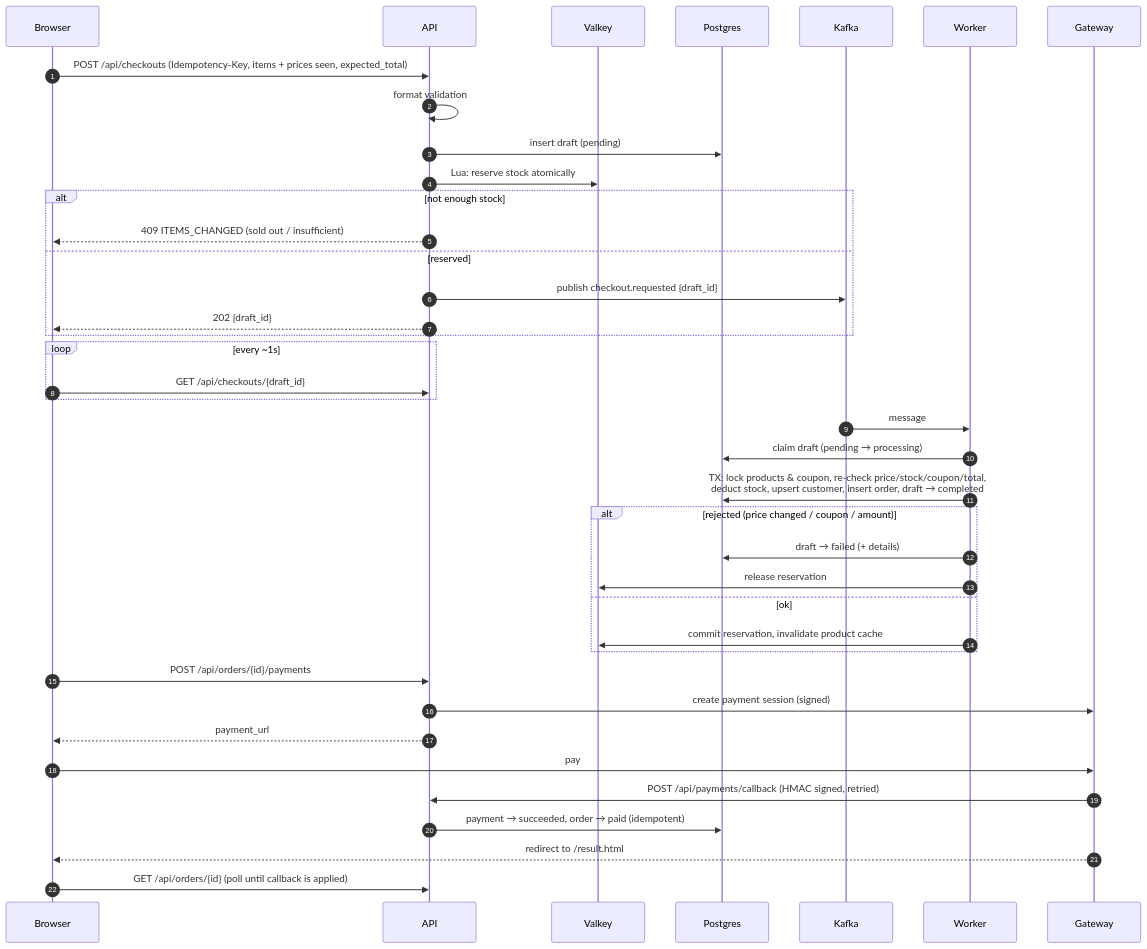
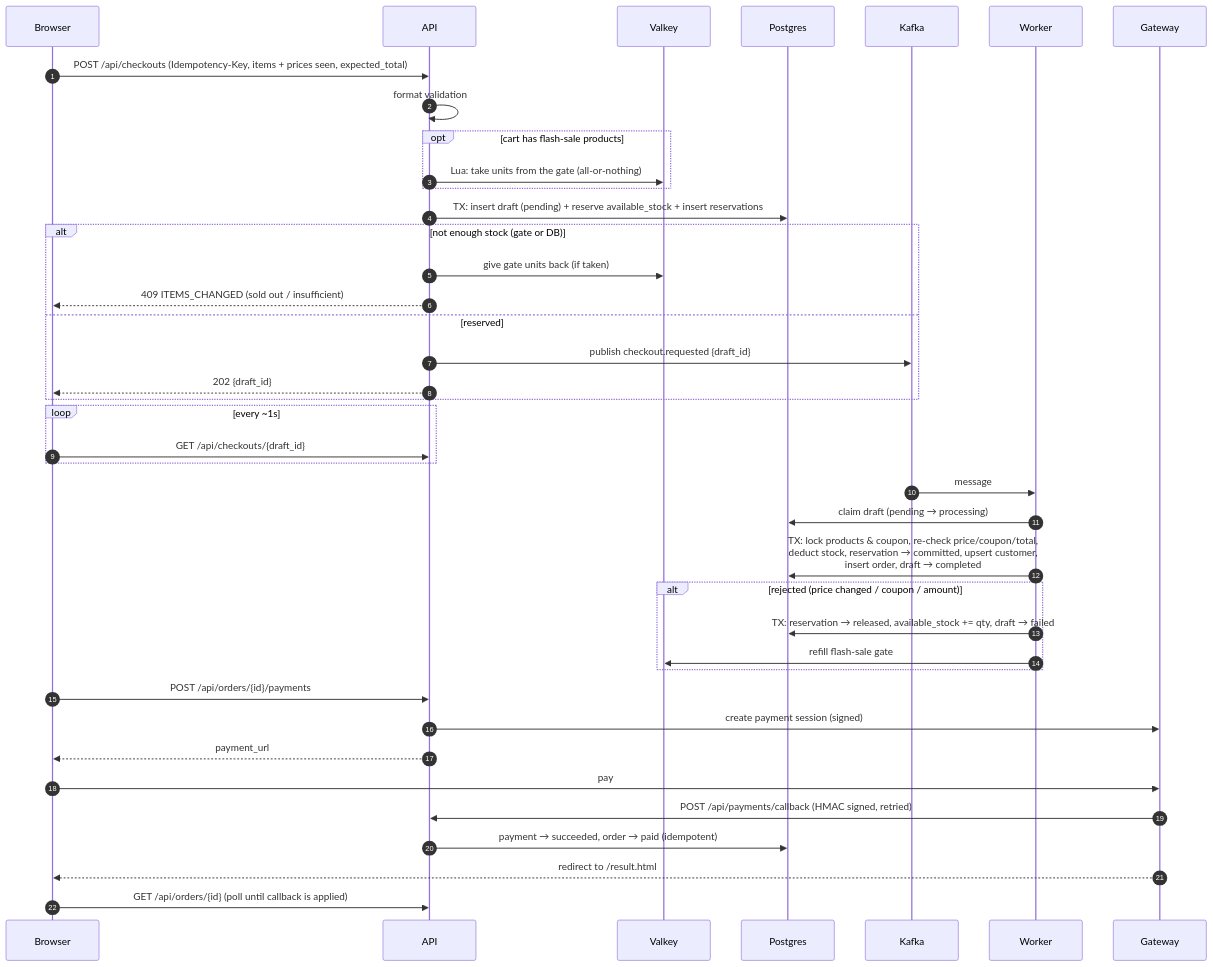
Before and after one commit to Kaikai8888/simple-checkout-page: the second of 2 diagrams in README.md, drawn with Mermaid. The commit also changed other lines of this file and 20 other files, not shown here.

First line of the commit message:
feat(stock): reserve stock in PostgreSQL with a Valkey gate for flash sales

````diff
--- a/README.md
+++ b/README.md
@@ -83,42 +84,43 @@
 ```mermaid
 sequenceDiagram
   autonumber
   participant B as Browser
   participant A as API
   participant V as Valkey
   participant P as Postgres
   participant K as Kafka
   participant W as Worker
   participant G as Gateway
 
   B->>A: POST /api/checkouts (Idempotency-Key, items + prices seen, expected_total)
   A->>A: format validation
-  A->>P: insert draft (pending)
-  A->>V: Lua: reserve stock atomically
-  alt not enough stock
+  opt cart has flash-sale products
+    A->>V: Lua: take units from the gate (all-or-nothing)
+  end
+  A->>P: TX: insert draft (pending) + reserve available_stock + insert reservations
+  alt not enough stock (gate or DB)
+    A->>V: give gate units back (if taken)
     A-->>B: 409 ITEMS_CHANGED (sold out / insufficient)
   else reserved
     A->>K: publish checkout.requested {draft_id}
     A-->>B: 202 {draft_id}
   end
   loop every ~1s
     B->>A: GET /api/checkouts/{draft_id}
   end
   K->>W: message
   W->>P: claim draft (pending → processing)
-  W->>P: TX: lock products & coupon, re-check price/stock/coupon/total,<br/>deduct stock, upsert customer, insert order, draft → completed
+  W->>P: TX: lock products & coupon, re-check price/coupon/total,<br/>deduct stock, reservation → committed, upsert customer,<br/>insert order, draft → completed
   alt rejected (price changed / coupon / amount)
-    W->>P: draft → failed (+ details)
-    W->>V: release reservation
-  else ok
-    W->>V: commit reservation, invalidate product cache
+    W->>P: TX: reservation → released, available_stock += qty, draft → failed
+    W->>V: refill flash-sale gate
   end
   B->>A: POST /api/orders/{id}/payments
   A->>G: create payment session (signed)
   A-->>B: payment_url
   B->>G: pay
   G->>A: POST /api/payments/callback (HMAC signed, retried)
   A->>P: payment → succeeded, order → paid (idempotent)
   G-->>B: redirect to /result.html
   B->>A: GET /api/orders/{id} (poll until callback is applied)
 ```
````
